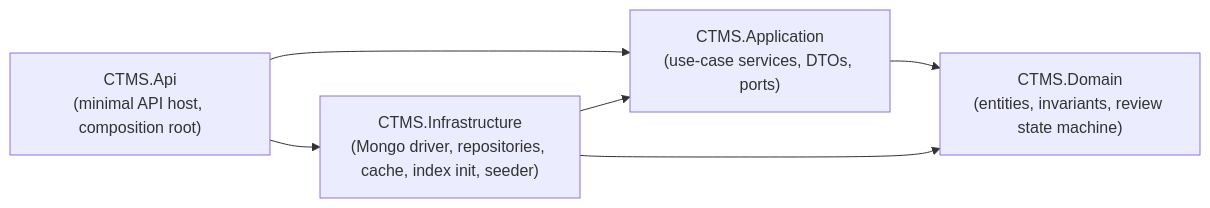
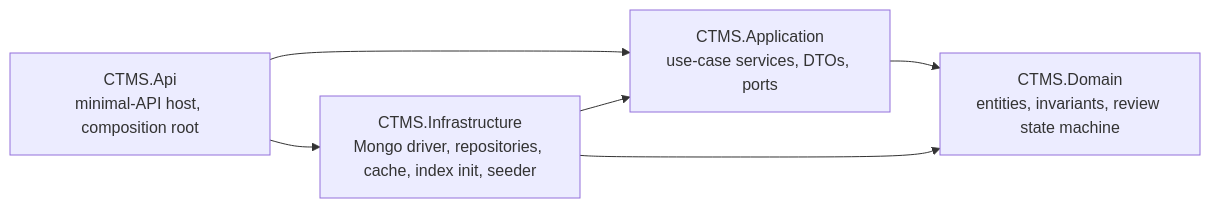
The second of 5 diagrams in docs/architecture.md (mohammedmsadiq/CTMS), drawn with Mermaid before and after one commit. The commit also changed other lines of this file and 34 other files, not shown here.

````diff
--- a/docs/architecture.md
+++ b/docs/architecture.md
@@ -63,13 +67,13 @@
 ```mermaid
 flowchart LR
-    Api["CTMS.Api<br/>(minimal API host, composition root)"]
-    App["CTMS.Application<br/>(use-case services, DTOs, ports)"]
-    Infra["CTMS.Infrastructure<br/>(Mongo driver, repositories, cache, index init, seeder)"]
-    Domain["CTMS.Domain<br/>(entities, invariants, review state machine)"]
+    Api["CTMS.Api<br/>minimal-API host, composition root"]
+    App["CTMS.Application<br/>use-case services, DTOs, ports"]
+    Infra["CTMS.Infrastructure<br/>Mongo driver, repositories, cache, index init, seeder"]
+    Domain["CTMS.Domain<br/>entities, invariants, review state machine"]
 
     Api --> App
     Api --> Infra
     Infra --> App
     App --> Domain
     Infra --> Domain
 ```
````
